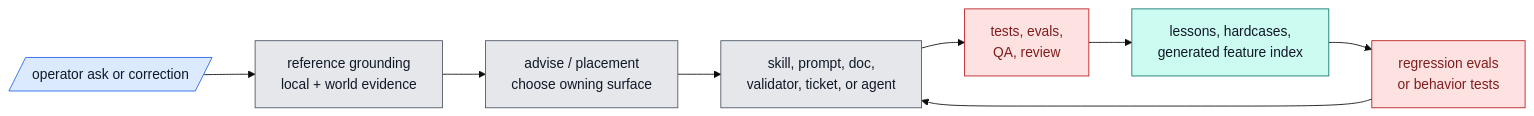
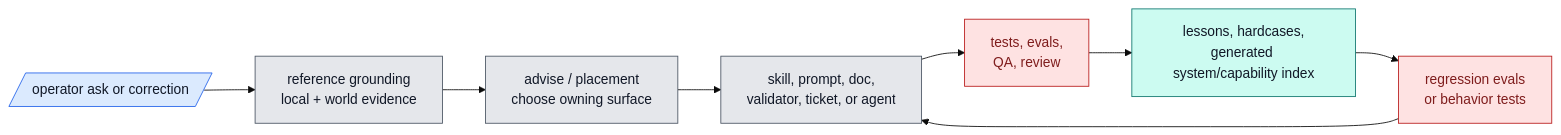
One commit to ZanarkandTechnologies/Farplane changed the third of 3 diagrams in README.md. Above: the diagram before and after it, drawn with Mermaid (base theme). The commit also changed other lines of this file and 79 other files, not shown here.

````diff
--- a/README.md
+++ b/README.md
@@ -186,15 +186,15 @@
 ```mermaid
 flowchart LR
   classDef input fill:#dbeafe,stroke:#2563eb,color:#111827
   classDef surface fill:#e5e7eb,stroke:#4b5563,color:#111827
   classDef proof fill:#fee2e2,stroke:#b91c1c,color:#7f1d1d
   classDef learn fill:#ccfbf1,stroke:#0f766e,color:#111827
 
   ask[/operator ask or correction/]:::input --> ground["reference grounding<br/>local + world evidence"]:::surface
   ground --> decide["advise / placement<br/>choose owning surface"]:::surface
   decide --> change["skill, prompt, doc,<br/>validator, ticket, or agent"]:::surface
   change --> verify["tests, evals,<br/>QA, review"]:::proof
-  verify --> capture["lessons, hardcases,<br/>generated feature index"]:::learn
+  verify --> capture["lessons, hardcases,<br/>generated system/capability index"]:::learn
   capture --> evals["regression evals<br/>or behavior tests"]:::proof
   evals --> change
 ```
````
